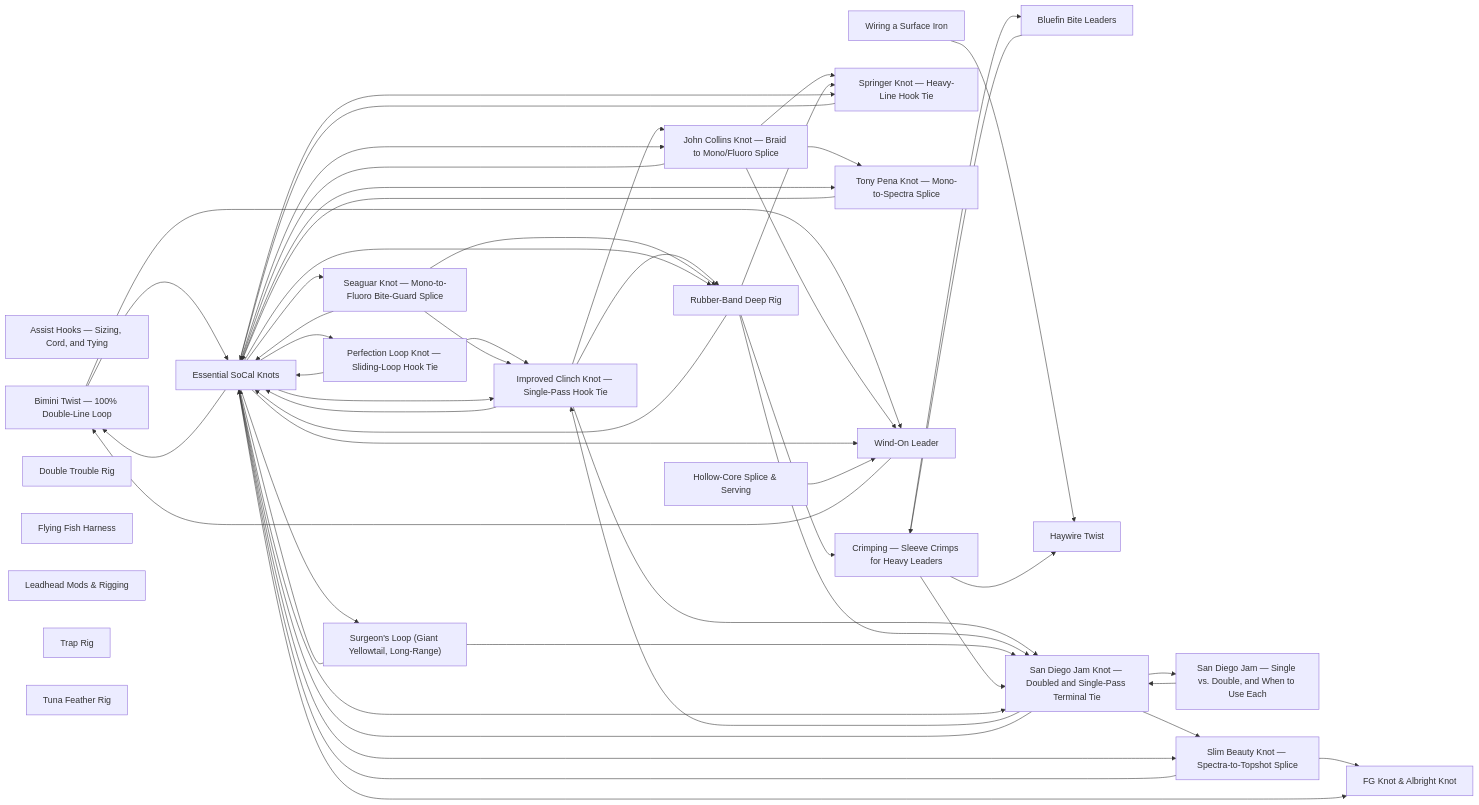
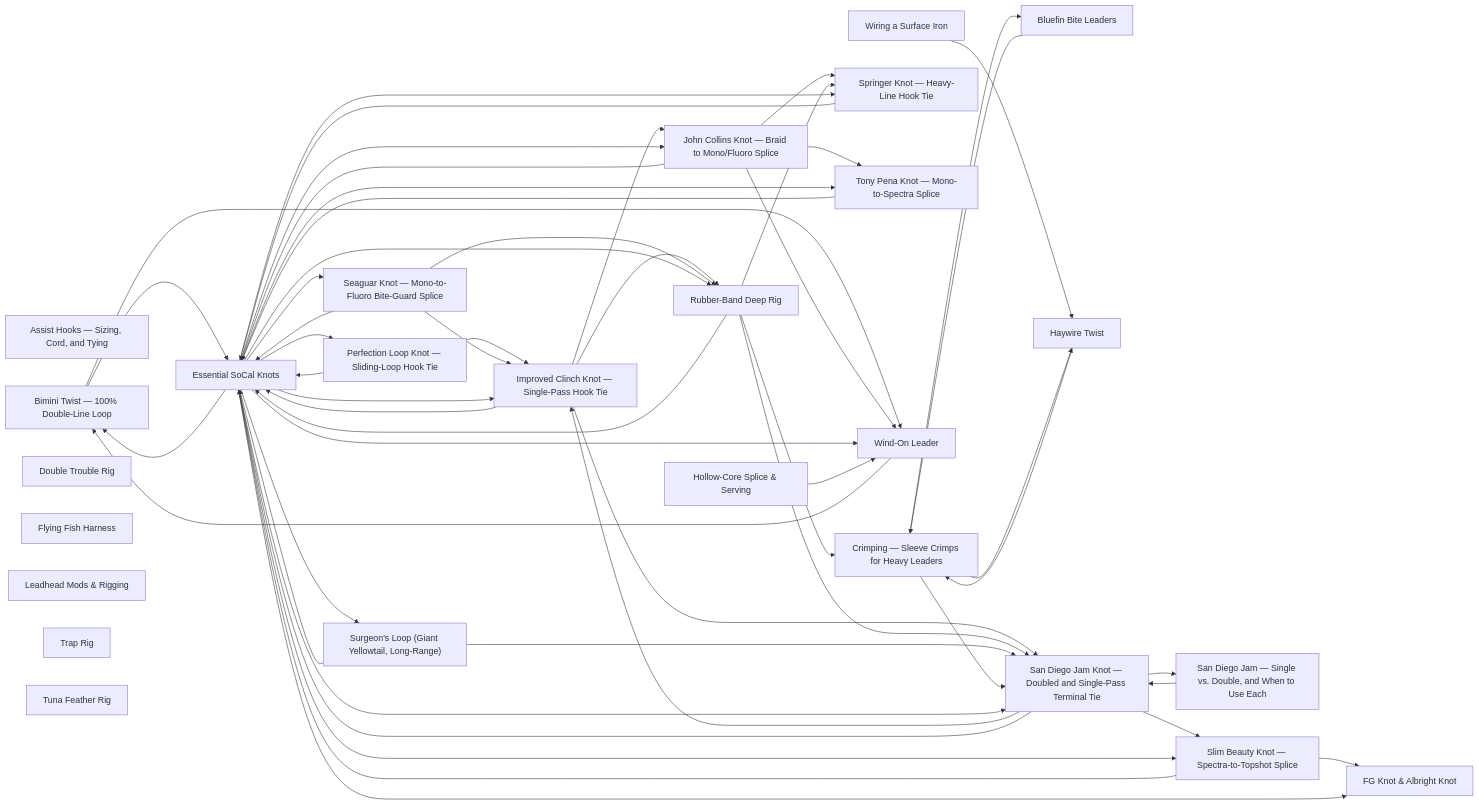
The diagram in rigging/README.md (camchuckpete-max/Socal-Fishing-Knowledge), drawn with Mermaid before and after one commit. The commit also changed 3 other files, not shown here.

````diff
--- a/rigging/README.md
+++ b/rigging/README.md
@@ -39,79 +39,80 @@
 ```mermaid
 graph LR
   n0["Assist Hooks — Sizing, Cord, and Tying"]
   n1["Bimini Twist — 100% Double-Line Loop"]
   n2["Bluefin Bite Leaders"]
   n3["Crimping — Sleeve Crimps for Heavy Leaders"]
   n4["Double Trouble Rig"]
   n5["Essential SoCal Knots"]
   n6["FG Knot & Albright Knot"]
   n7["Flying Fish Harness"]
   n8["Haywire Twist"]
   n9["Hollow-Core Splice & Serving"]
   n10["Improved Clinch Knot — Single-Pass Hook Tie"]
   n11["John Collins Knot — Braid to Mono/Fluoro Splice"]
   n12["Leadhead Mods & Rigging"]
   n13["Perfection Loop Knot — Sliding-Loop Hook Tie"]
   n14["Rubber-Band Deep Rig"]
   n15["San Diego Jam Knot — Doubled and Single-Pass Terminal Tie"]
   n16["San Diego Jam — Single vs. Double, and When to Use Each"]
   n17["Seaguar Knot — Mono-to-Fluoro Bite-Guard Splice"]
   n18["Slim Beauty Knot — Spectra-to-Topshot Splice"]
   n19["Springer Knot — Heavy-Line Hook Tie"]
   n20["Surgeon's Loop (Giant Yellowtail, Long-Range)"]
   n21["Tony Pena Knot — Mono-to-Spectra Splice"]
   n22["Trap Rig"]
   n23["Tuna Feather Rig"]
   n24["Wind-On Leader"]
   n25["Wiring a Surface Iron"]
   n1 --> n24
   n1 --> n5
   n10 --> n11
   n10 --> n14
   n10 --> n15
   n10 --> n5
   n11 --> n19
   n11 --> n21
   n11 --> n24
   n11 --> n5
   n13 --> n10
   n13 --> n5
   n14 --> n15
   n14 --> n19
   n14 --> n3
   n14 --> n5
   n15 --> n10
   n15 --> n16
   n15 --> n18
   n15 --> n5
   n16 --> n15
   n17 --> n10
   n17 --> n14
   n17 --> n5
   n18 --> n5
   n18 --> n6
   n19 --> n5
   n2 --> n3
   n20 --> n15
   n20 --> n5
   n21 --> n5
   n24 --> n1
   n25 --> n8
   n3 --> n15
   n3 --> n2
   n3 --> n8
   n5 --> n1
   n5 --> n10
   n5 --> n11
   n5 --> n13
   n5 --> n14
   n5 --> n15
   n5 --> n17
   n5 --> n18
   n5 --> n19
   n5 --> n20
   n5 --> n21
   n5 --> n24
   n5 --> n6
+  n8 --> n3
   n9 --> n24
 ```
````
